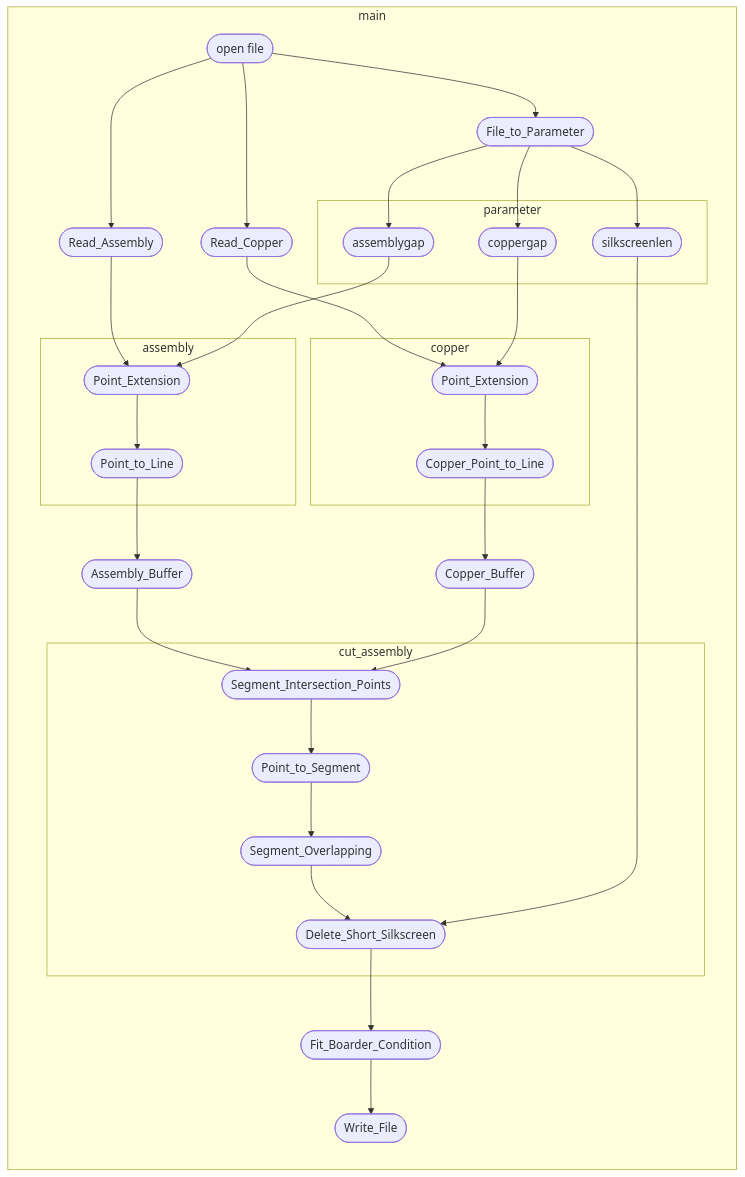
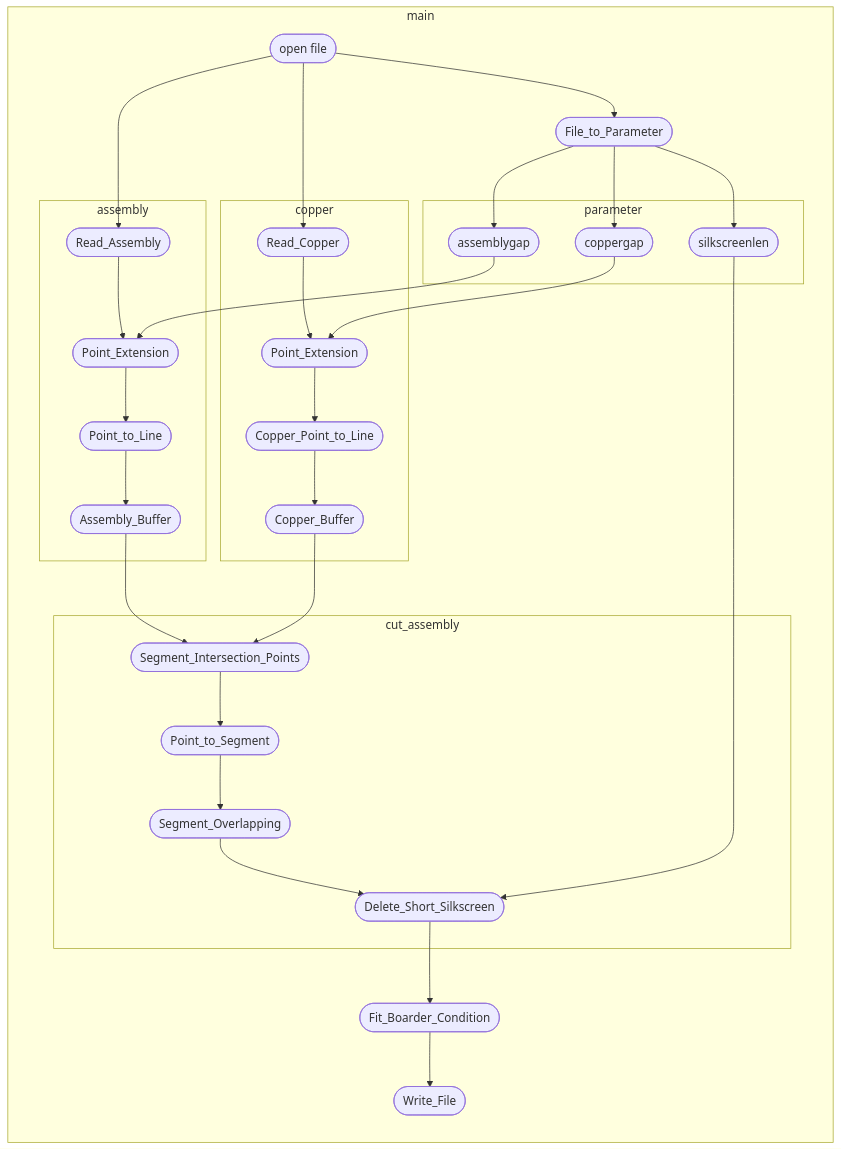
One commit to PeterChiang0101/ICCAD-Contest changed the diagram in README.md. Above: the diagram before and after it, drawn with Mermaid. The commit also changed other lines of this file and 3 other files, not shown here.

Commit message:
finish FileIO, change flowchart

````diff
--- a/README.md
+++ b/README.md
@@ -100,65 +100,65 @@
 ```mermaid
 flowchart LR
     subgraph main
 
     a0([open file])
     a1([File_to_Parameter])
-    a2([Read_Assembly])
-    a3([Read_Copper])
-    a4([Assembly_Buffer])
-    a5([Copper_Buffer])
     a6([Write_File])
     a7([Fit_Boarder_Condition])
 
         subgraph parameter
         b1([assemblygap])
         b2([coppergap])
         b3([silkscreenlen])
         end 
 
         subgraph assembly
+        a2([Read_Assembly])
         c1([Point_Extension])
         c2([Point_to_Line])
+        a4([Assembly_Buffer])
         end
 
         subgraph copper
+        a3([Read_Copper])
         d1([Point_Extension])
         d2([Copper_Point_to_Line])
+        a5([Copper_Buffer])
         end
 
         subgraph cut_assembly
         e1([Segment_Intersection_Points])
         e2([Point_to_Segment])
         e3([Segment_Overlapping])
         e4([Delete_Short_Silkscreen])
         end
     end
     
     a0 --> a1
     a0 --> a2
     a0 --> a3
     a1 --> b1
     a1 --> b2
     a1 --> b3
 
     a2 --> c1
     c1 --> c2
     c2 --> a4
 
     a3 --> d1
     d1 --> d2
     d2 --> a5
 
     b1 --> c1
     b2 --> d1 
 
     a4 --> e1
     a5 --> e1
     e1 --> e2
     e2 --> e3
     e3 --> e4
     b3 --> e4
 
     e4 --> a7
     a7 --> a6
 ```
````
